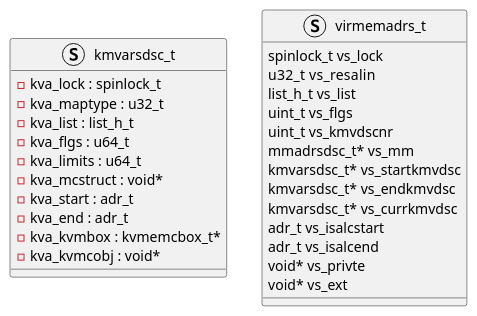
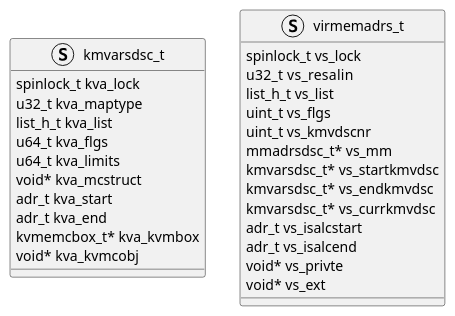
Before and after one commit to mowang111/personal_knowledge_repository: the diagram in 0.学习笔记/a04.操作系统/操作系统实战/2.内存/5.虚拟内存.md, drawn with PlantUML. The commit also changed 1 other file, not shown here.

Commit message:
vault backup: 2023-12-05 09:50:22

````diff
--- a/0.学习笔记/a04.操作系统/操作系统实战/2.内存/5.虚拟内存.md
+++ b/0.学习笔记/a04.操作系统/操作系统实战/2.内存/5.虚拟内存.md
@@ -7,30 +7,29 @@
 ```plantuml
 struct kmvarsdsc_t {
-    - kva_lock : spinlock_t
-    - kva_maptype : u32_t
-    - kva_list : list_h_t
-    - kva_flgs : u64_t
-    - kva_limits : u64_t
-    - kva_mcstruct : void*
-    - kva_start : adr_t
-    - kva_end : adr_t
-    - kva_kvmbox : kvmemcbox_t*
-    - kva_kvmcobj : void*
+    spinlock_t kva_lock
+    u32_t kva_maptype
+    list_h_t kva_list
+    u64_t kva_flgs
+    u64_t kva_limits
+    void* kva_mcstruct
+    adr_t kva_start
+    adr_t kva_end
+    kvmemcbox_t* kva_kvmbox
+    void* kva_kvmcobj
 }
-
 struct virmemadrs_t {
     spinlock_t vs_lock
     u32_t  vs_resalin
     list_h_t vs_list
     uint_t vs_flgs
     uint_t vs_kmvdscnr
     mmadrsdsc_t* vs_mm
     kmvarsdsc_t* vs_startkmvdsc
     kmvarsdsc_t* vs_endkmvdsc
     kmvarsdsc_t* vs_currkmvdsc
     adr_t vs_isalcstart
     adr_t vs_isalcend
     void* vs_privte
     void* vs_ext
 }
 ```
````
